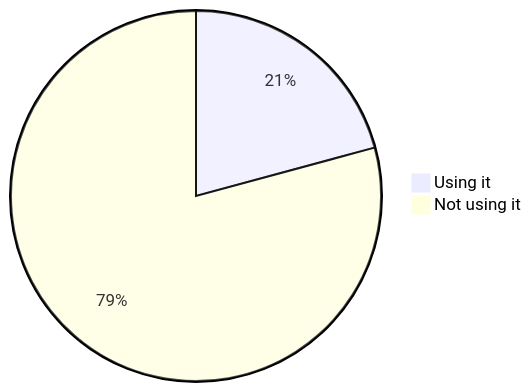
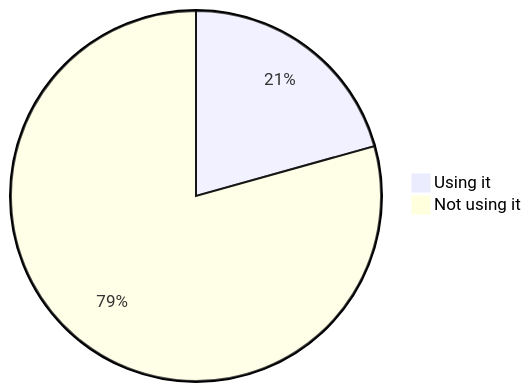
Before and after one commit to oshp/oshp-stats: diagram 18 of 22 in stats.md, drawn with Mermaid. The commit also changed other lines of this file, not shown here.

````diff
--- a/stats.md
+++ b/stats.md
@@ -214,6 +214,6 @@
 ```mermaid
 pie
-	"Using it" : 20.79
-	"Not using it" : 79.21
+	"Using it" : 20.66
+	"Not using it" : 79.34
 
 ```
````
